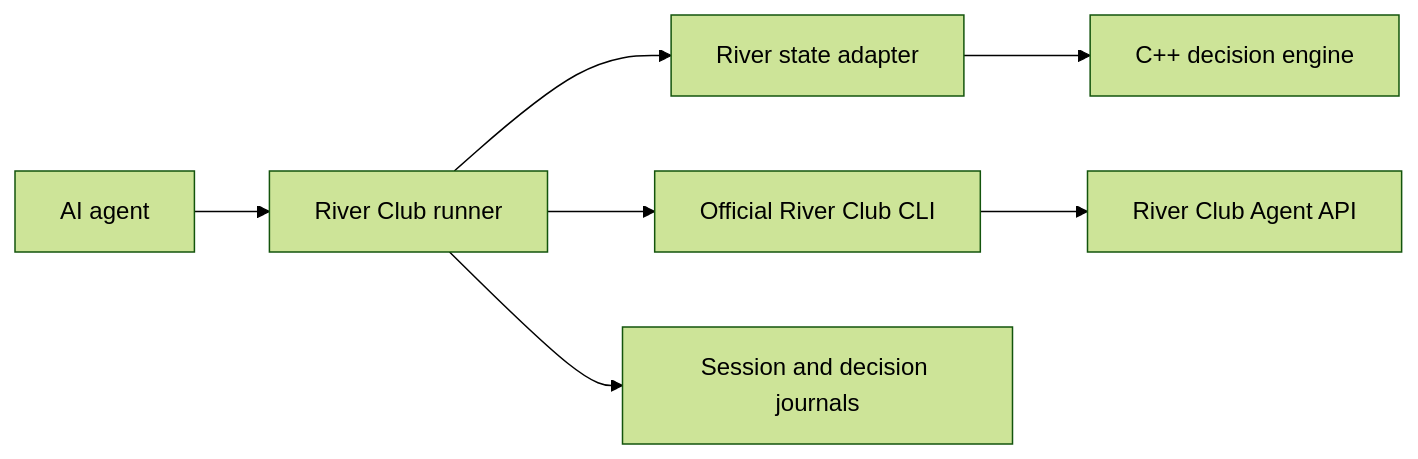
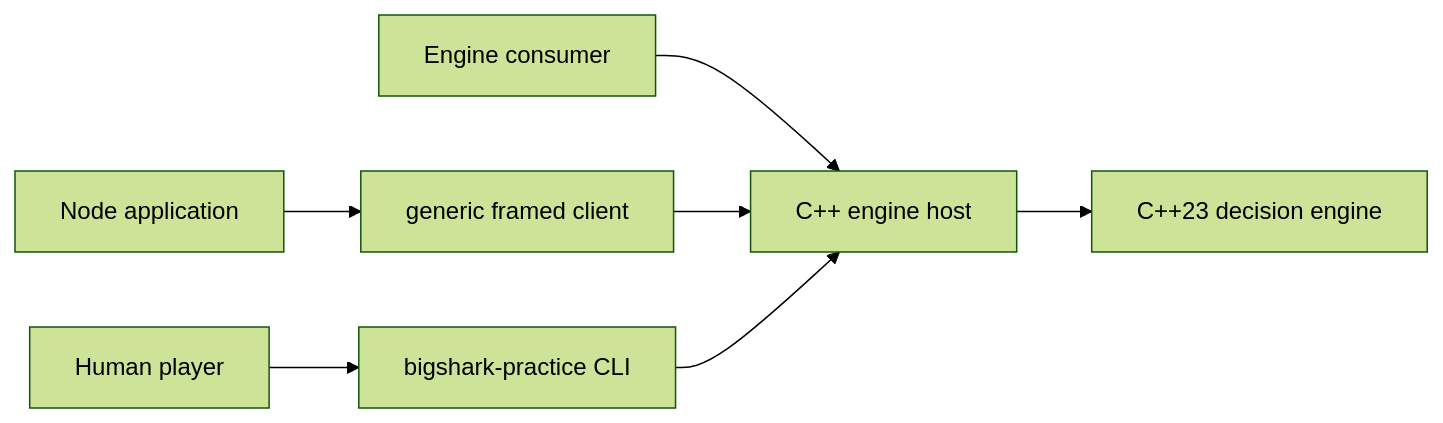
Before and after one commit to Zzzode/BigShark: the diagram in README.md, drawn with Mermaid (forest theme). The commit also changed other lines of this file and 85 other files, not shown here.

First line of the commit message:
refactor!: retire River Club Agent API v2.1 integration (RFC 0040)

````diff
--- a/README.md
+++ b/README.md
@@ -34,9 +31,9 @@
 ```mermaid
 flowchart LR
-  Agent[AI agent] --> Runner[River Club runner]
-  Runner --> Adapter[River state adapter]
-  Adapter --> Engine[C++ decision engine]
-  Runner --> CLI[Official River Club CLI]
-  CLI --> API[River Club Agent API]
-  Runner --> Logs[Session and decision journals]
+  Human[Human player] --> Practice[bigshark-practice CLI]
+  Consumer[Engine consumer] --> Host[C++ engine host]
+  NodeApp[Node application] --> Client[generic framed client]
+  Client --> Host
+  Practice --> Host
+  Host --> Engine[C++23 decision engine]
 ```
````
